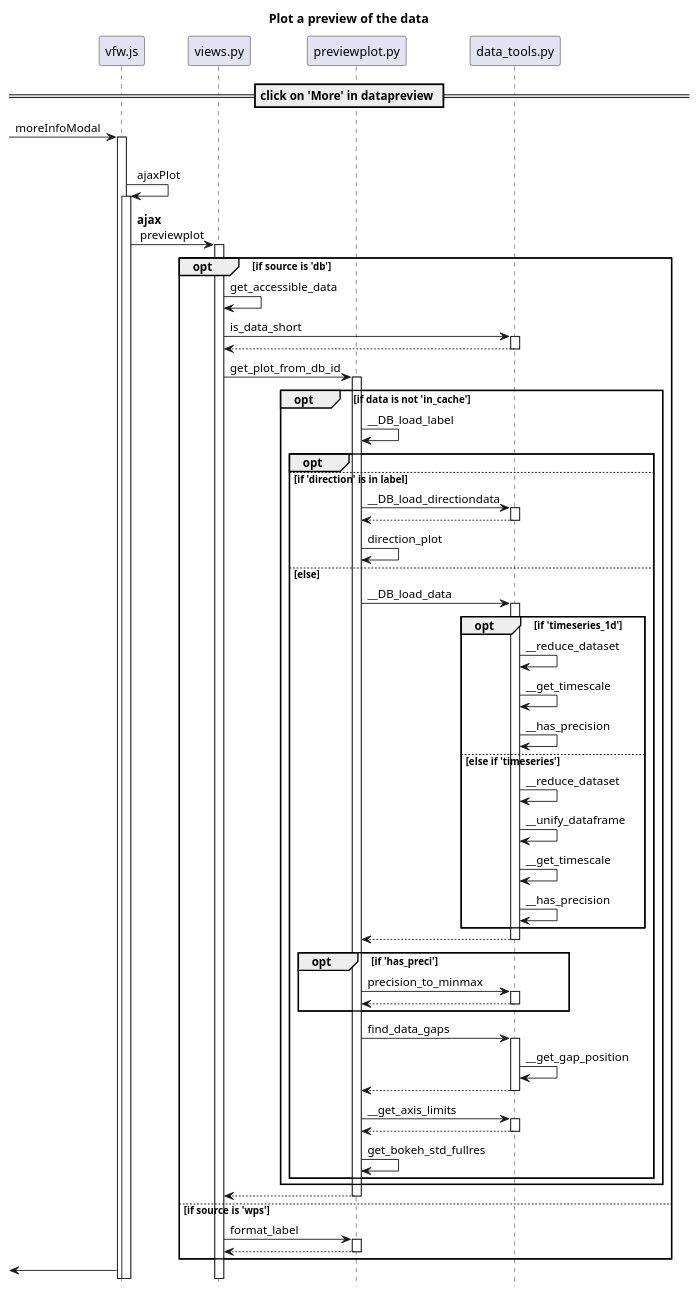
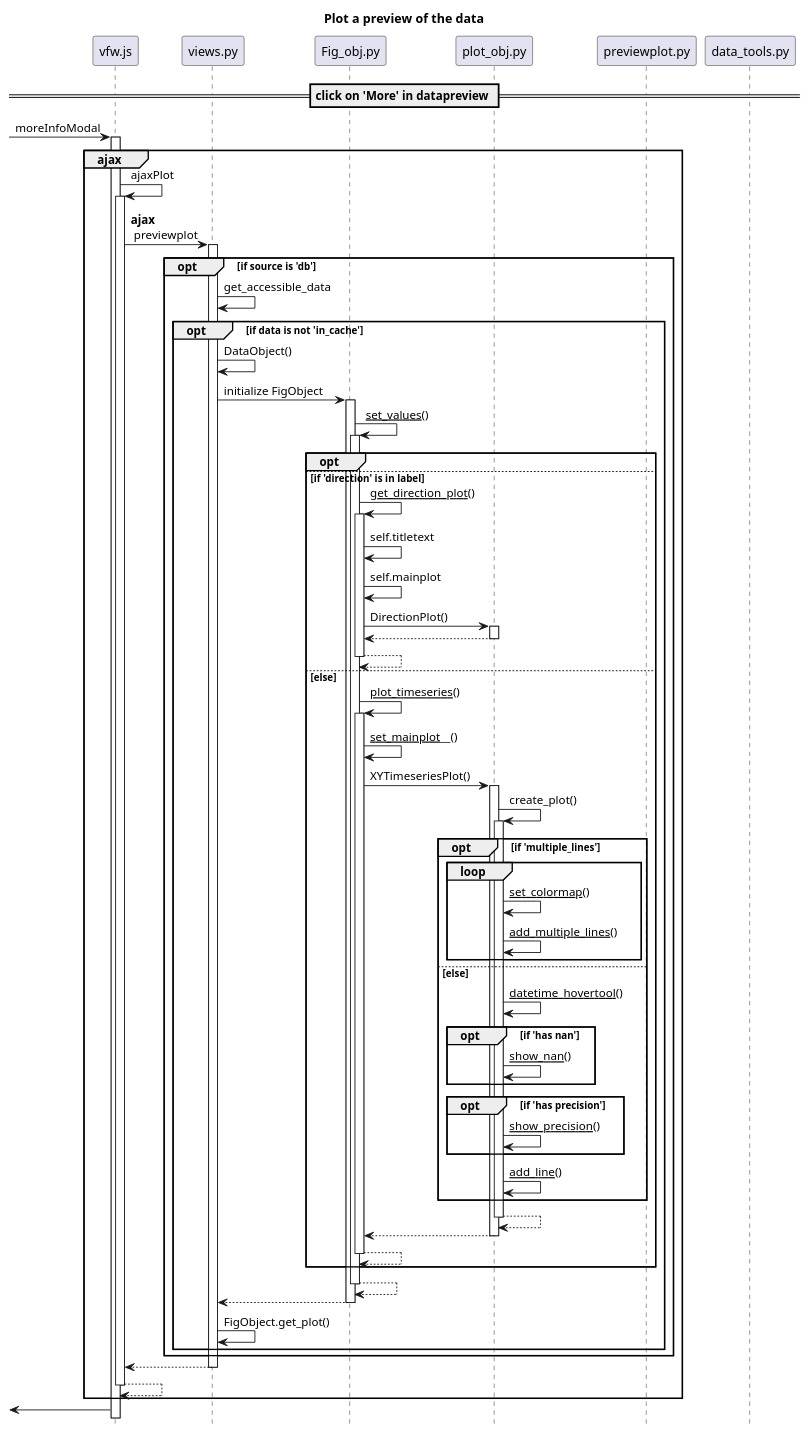
The second of 2 diagrams in diagrams/Seq_Plot_Preview.puml (VForWaTer/vforwater-portal), drawn with PlantUML before and after one commit. The commit also changed other lines of this file and 10 other files, not shown here.

Commit message:
Introduce new figure object and adjust plot object in python

```diff
--- a/diagrams/Seq_Plot_Preview.puml
+++ b/diagrams/Seq_Plot_Preview.puml
@@ -69,62 +69,70 @@
 @startuml
 title Plot a preview of the data
 
 hide footbox
 participant previewplot.py order 20
 participant data_tools.py order 30
 
 == click on 'More' in datapreview ==
 ' actor user #lightblue
 [-> vfw.js ++: moreInfoModal
 ' checkSiblings checks what is clicked
 group ajax
 vfw.js -> vfw.js ++: ajaxPlot
 vfw.js -> views.py ++: **ajax**\n previewplot
 opt if source is 'db'
     views.py -> views.py: get_accessible_data
 
-    views.py -> data_tools.py ++: is_data_short
-    return
-    views.py -> previewplot.py ++: get_plot_from_db_id
+'    views.py -> data_tools.py ++: is_data_short
+'    return
     opt if data is not 'in_cache'
-        previewplot.py -> previewplot.py: __DB_load_label
+        views.py -> views.py: DataObject()
+        views.py -> Fig_obj.py ++: initialize FigObject
+        Fig_obj.py -> Fig_obj.py ++: __set_values__()
         opt
         else if 'direction' is in label
-            previewplot.py -> data_tools.py ++: __DB_load_directiondata
+            Fig_obj.py -> Fig_obj.py ++: __get_direction_plot__()
+            Fig_obj.py -> Fig_obj.py: self.titletext
+            Fig_obj.py -> Fig_obj.py: self.mainplot
+            Fig_obj.py -> plot_obj.py ++: DirectionPlot()
             return
-            previewplot.py -> previewplot.py: direction_plot
+            return
         else else
-            previewplot.py -> data_tools.py ++: __DB_load_data
-            opt if 'timeseries_1d'
-            data_tools.py -> data_tools.py: __reduce_dataset
-            data_tools.py -> data_tools.py: __get_timescale
-            data_tools.py -> data_tools.py: __has_precision
-            else else if 'timeseries'
-            data_tools.py -> data_tools.py: __reduce_dataset
-            data_tools.py -> data_tools.py: __unify_dataframe
-            data_tools.py -> data_tools.py: __get_timescale
-            data_tools.py -> data_tools.py: __has_precision
+            Fig_obj.py -> Fig_obj.py ++: __plot_timeseries__()
+            Fig_obj.py -> Fig_obj.py: __set_mainplot____()
+            Fig_obj.py -> plot_obj.py ++: XYTimeseriesPlot()
+            plot_obj.py -> plot_obj.py ++: create_plot()
+            opt if 'multiple_lines'
+            loop
+                plot_obj.py -> plot_obj.py: __set_colormap__()
+                plot_obj.py -> plot_obj.py: __add_multiple_lines__()
+            end
+            else else
+            plot_obj.py -> plot_obj.py: __datetime_hovertool__()
+            opt if 'has nan'
+                plot_obj.py -> plot_obj.py: __show_nan__()
+            end
+            opt if 'has precision'
+                plot_obj.py -> plot_obj.py: __show_precision__()
+            end
+            plot_obj.py -> plot_obj.py: __add_line__()
             end
             return
-            opt if 'has_preci'
-                previewplot.py -> data_tools.py ++: precision_to_minmax
-                return
-            end
-                previewplot.py -> data_tools.py ++: find_data_gaps
-                data_tools.py -> data_tools.py: __get_gap_position
-                return
-                previewplot.py -> data_tools.py ++: __get_axis_limits
-                return
-                previewplot.py -> previewplot.py: get_bokeh_std_fullres
+        return
+        return
+        end
+        return
+        return
+    views.py -> views.py: FigObject.get_plot()
     end
-end
-    return
-else if source is 'wps'
-    views.py -> previewplot.py ++: format_label
+    end
+'else if source is 'wps'
+'    views.py -> previewplot.py ++: format_label
+return
 return
 end
 [<- vfw.js
 
 
 
 @enduml
```
